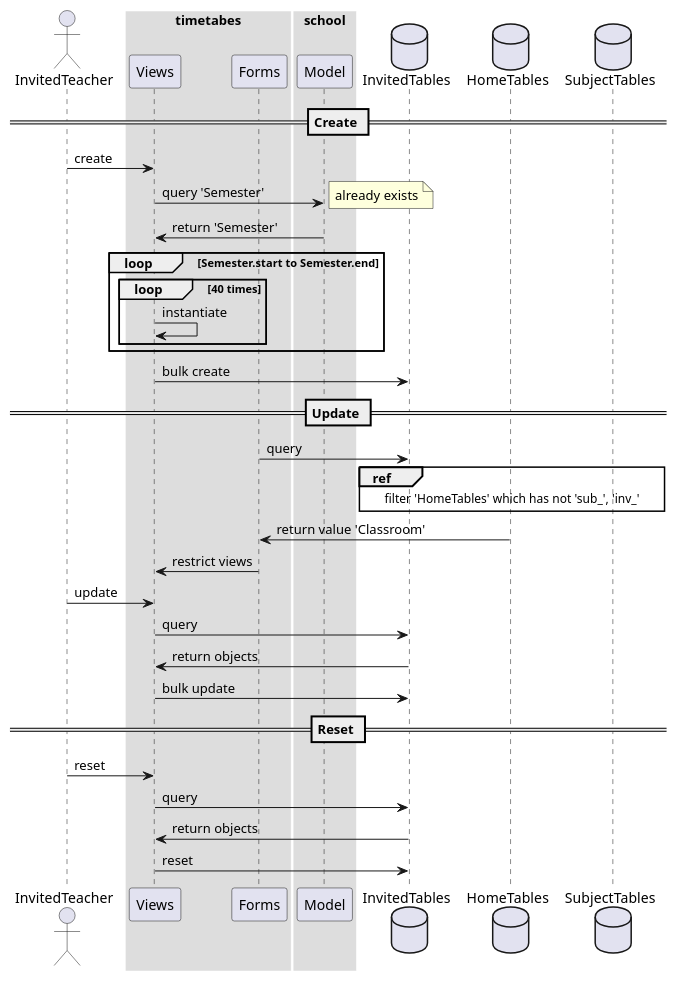
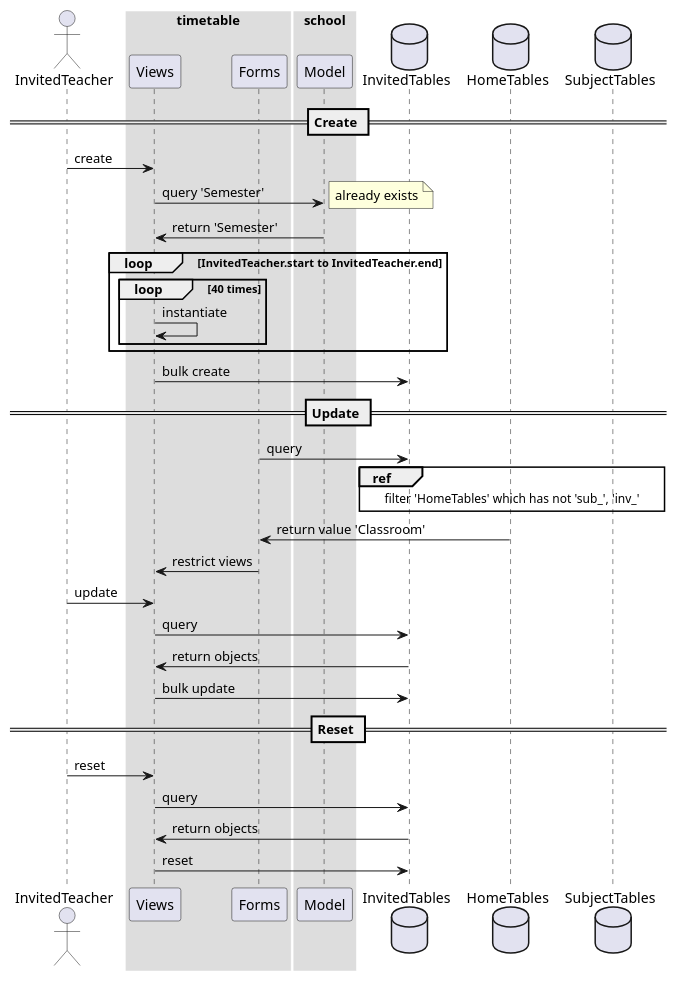
One commit to hyeonjang/class_schedule_maker changed the diagram in _report/2020-10-16-report/sequence_inv.puml. Above: the diagram before and after it, drawn with PlantUML. The commit also changed 2 other files, not shown here.

```diff
--- a/_report/2020-10-16-report/sequence_inv.puml
+++ b/_report/2020-10-16-report/sequence_inv.puml
@@ -1,49 +1,49 @@
 @startuml
 'style'
 skinparam SequenceBoxBorderColor #ffffff
 
 'struct'
 actor InvitedTeacher
 
-box timetabes
+box timetable
     participant Views
     participant Forms
 end box
 
 box school
     participant Model
 end box
 
 database InvitedTables
 database HomeTables
 database SubjectTables
 
 'graph'
 == Create ==
 InvitedTeacher -> Views : create
 Views -> Model : query 'Semester'
 note right: already exists
 Model -> Views : return 'Semester'
-    loop Semester.start to Semester.end
+    loop InvitedTeacher.start to InvitedTeacher.end
         loop 40 times
             Views -> Views : instantiate
         end
     end
 Views -> InvitedTables : bulk create
 == Update ==
 Forms -> InvitedTables : query
 ref over InvitedTables, HomeTables, SubjectTables
     filter 'HomeTables' which has not 'sub_', 'inv_'
 end ref
 HomeTables -> Forms : return value 'Classroom'
 Forms -> Views : restrict views
 InvitedTeacher -> Views : update
 Views -> InvitedTables : query
 InvitedTables -> Views : return objects
 Views -> InvitedTables : bulk update
 == Reset == 
 InvitedTeacher -> Views : reset
 Views -> InvitedTables : query
 InvitedTables -> Views : return objects
 Views -> InvitedTables : reset
 @enduml
```
